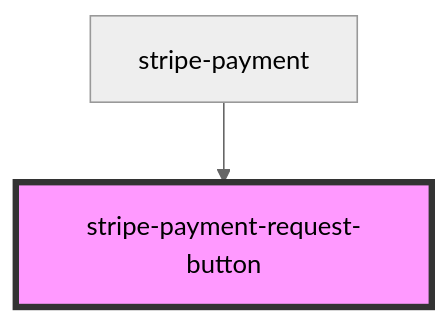
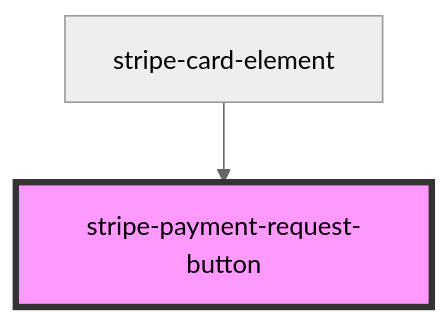
Before and after one commit to wpkyoto/stripe-pwa-elements: the diagram in src/components/stripe-payment-request-button/readme.md, drawn with Mermaid (neutral theme). The commit also changed other lines of this file and 27 other files, not shown here.

````diff
--- a/src/components/stripe-payment-request-button/readme.md
+++ b/src/components/stripe-payment-request-button/readme.md
@@ -134,5 +134,5 @@
 ```mermaid
 graph TD;
-  stripe-payment --> stripe-payment-request-button
+  stripe-card-element --> stripe-payment-request-button
   style stripe-payment-request-button fill:#f9f,stroke:#333,stroke-width:4px
 ```
````
